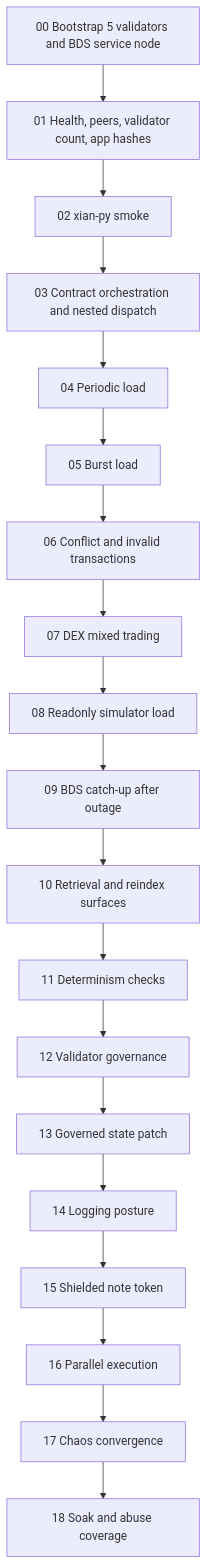
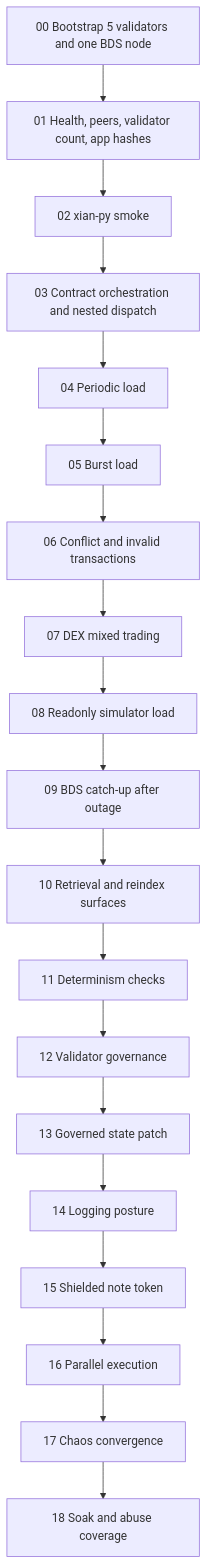
Before and after one commit to xian-technology/xian-docs-web: the second of 2 diagrams in node/localnet-e2e.md, drawn with Mermaid. The commit also changed other lines of this file and 21 other files, not shown here.

````diff
--- a/node/localnet-e2e.md
+++ b/node/localnet-e2e.md
@@ -113,25 +113,25 @@
 ```mermaid
 flowchart TD
-  P00["00 Bootstrap 5 validators and BDS service node"]
+  P00["00 Bootstrap 5 validators and one BDS node"]
   P01["01 Health, peers, validator count, app hashes"]
   P02["02 xian-py smoke"]
   P03["03 Contract orchestration and nested dispatch"]
   P04["04 Periodic load"]
   P05["05 Burst load"]
   P06["06 Conflict and invalid transactions"]
   P07["07 DEX mixed trading"]
   P08["08 Readonly simulator load"]
   P09["09 BDS catch-up after outage"]
   P10["10 Retrieval and reindex surfaces"]
   P11["11 Determinism checks"]
   P12["12 Validator governance"]
   P13["13 Governed state patch"]
   P14["14 Logging posture"]
   P15["15 Shielded note token"]
   P16["16 Parallel execution"]
   P17["17 Chaos convergence"]
   P18["18 Soak and abuse coverage"]
 
   P00 --> P01 --> P02 --> P03 --> P04 --> P05 --> P06 --> P07 --> P08 --> P09
   P09 --> P10 --> P11 --> P12 --> P13 --> P14 --> P15 --> P16 --> P17 --> P18
 ```
````
